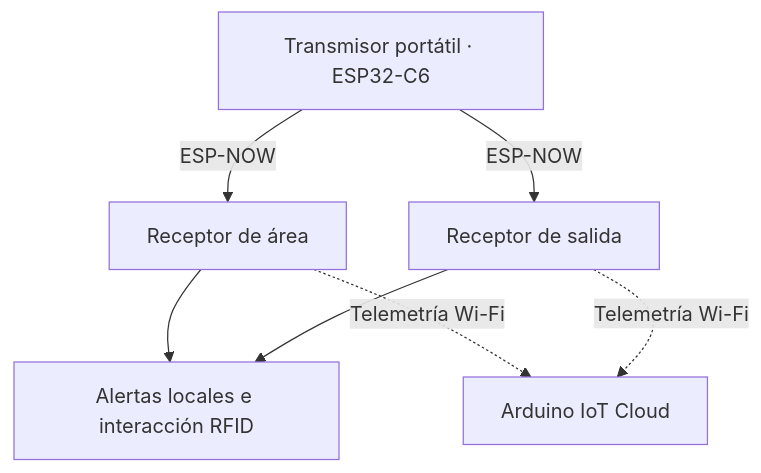
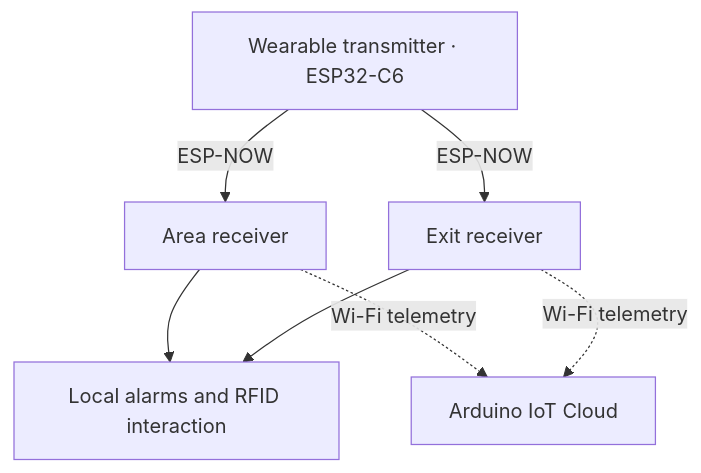
One commit to alx-sousa/Autonomous-IoT-Monitoring changed the diagram in README.md. Above: the diagram before and after it, drawn with Mermaid. The commit also changed other lines of this file and 18 other files, not shown here.

````diff
--- a/README.md
+++ b/README.md
@@ -26,9 +27,9 @@
 ```mermaid
 flowchart TD
-    T["Transmisor portátil · ESP32-C6"] -->|ESP-NOW| A["Receptor de área"]
-    T -->|ESP-NOW| S["Receptor de salida"]
-    A --> L["Alertas locales e interacción RFID"]
+    T["Wearable transmitter · ESP32-C6"] -->|ESP-NOW| A["Area receiver"]
+    T -->|ESP-NOW| S["Exit receiver"]
+    A --> L["Local alarms and RFID interaction"]
     S --> L
-    A -. Telemetría Wi-Fi .-> C["Arduino IoT Cloud"]
-    S -. Telemetría Wi-Fi .-> C
+    A -. Wi-Fi telemetry .-> C["Arduino IoT Cloud"]
+    S -. Wi-Fi telemetry .-> C
 ```
````
